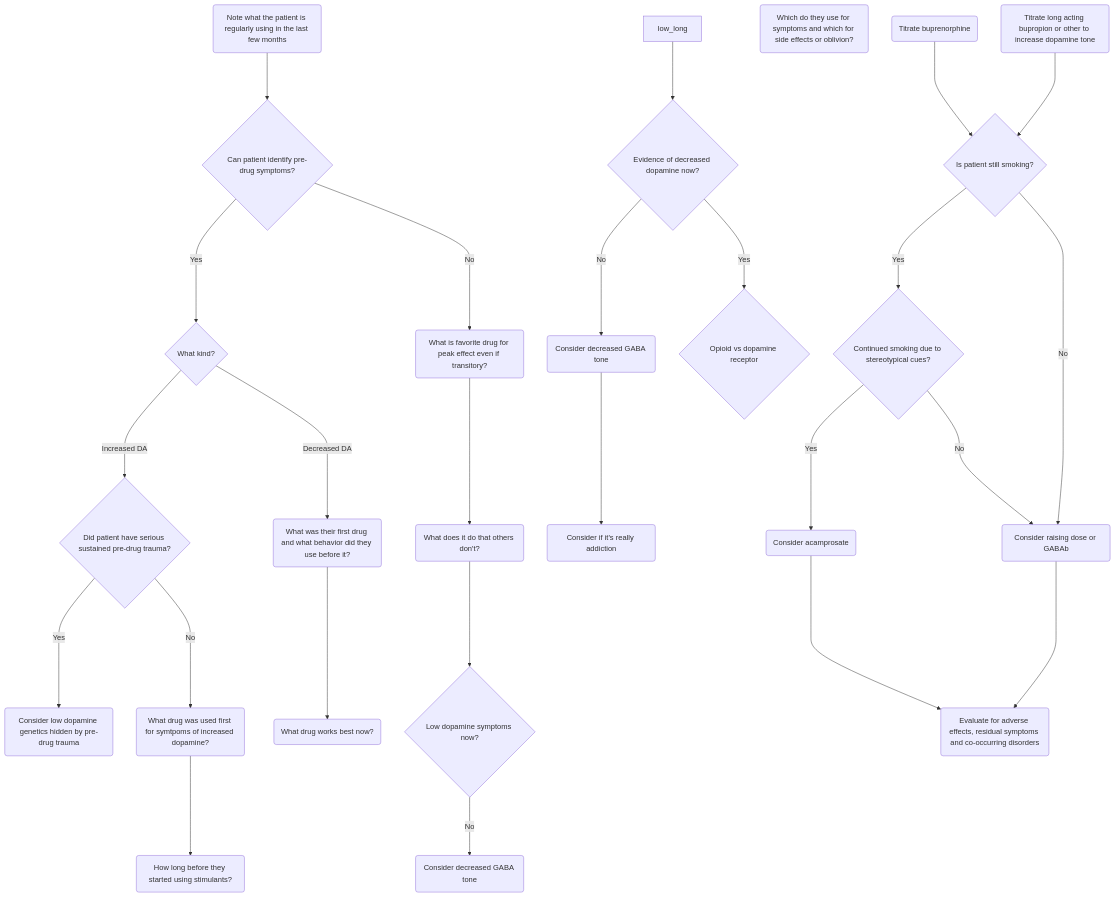
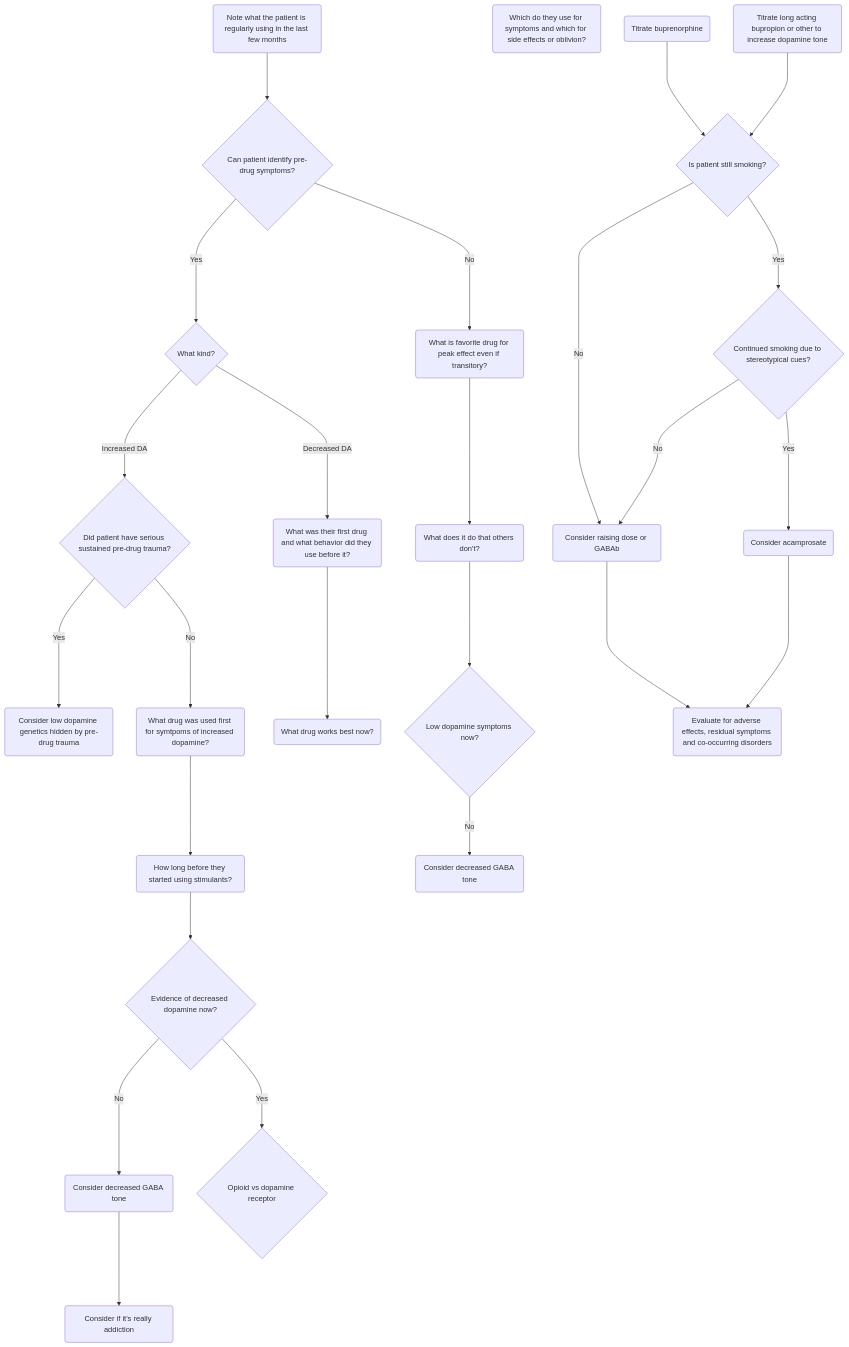
Before and after one commit to hwetsman/Addiction_Diagnosis_Andtreatment_Manual: the diagram in Flowchart.md, drawn with Mermaid.

Commit message:
fix how long

````diff
--- a/Flowchart.md
+++ b/Flowchart.md
@@ -1,55 +1,55 @@
 ```mermaid
 flowchart TB
 
 regularly_using(Note what the patient is regularly using in the last few months)
 can_identify{Can patient identify pre-drug symptoms?}
    regularly_using--->can_identify
 what_kind{What kind?}
    can_identify--->|Yes|what_kind
    trauma{Did patient have serious sustained pre-drug trauma?}
       what_kind--->|Increased DA|trauma
       consider_low(Consider low dopamine genetics hidden by pre-drug trauma)
          trauma--->|Yes|consider_low
       what_drug(What drug was used first for symtpoms of increased dopamine?)
          trauma--->|No|what_drug
          how_long(How long before they started using stimulants?)
             what_drug--->how_long
             low_now{Evidence of decreased dopamine now?}
-               low_long--->low_now
+               how_long--->low_now
                gaba(Consider decreased GABA tone)
                   low_now--->|No|gaba
                   really(Consider if it's really addiction)
                      gaba--->really
    first_drug(What was their first drug and what behavior did they use before it?)
       what_kind--->|Decreased DA|first_drug
       works_now(What drug works best now?)
          first_drug--->works_now
          side_effects(Which do they use for symptoms and which for side effects or oblivion?)
 favorite(What is favorite drug for peak effect even if transitory?)
    can_identify--->|No|favorite
    what_does(What does it do that others don't?)
       favorite--->what_does
       low_da{Low dopamine symptoms now?}
          what_does--->low_da
          op_vs_da{Opioid vs dopamine receptor}
             low_now--->|Yes|op_vs_da
                low_gaba(Consider decreased GABA tone)
                   low_da--->|No|low_gaba
             da(Titrate long acting bupropion or other to increase dopamine tone)
             op(Titrate buprenorphine)
                still_smoking{Is patient still smoking?}
                   op--->still_smoking
                   da--->still_smoking
                   cues{Continued smoking due to stereotypical cues?}
                      still_smoking--->|Yes|cues
                      campral(Consider acamprosate)
                         cues--->|Yes|campral
                      raise_gaba(Consider raising dose or GABAb)
                         still_smoking--->|No|raise_gaba
                         cues--->|No|raise_gaba
                         other(Evaluate for adverse effects, residual symptoms and co-occurring disorders)
                            raise_gaba--->other
                            campral--->other
 
 
 ```
````
